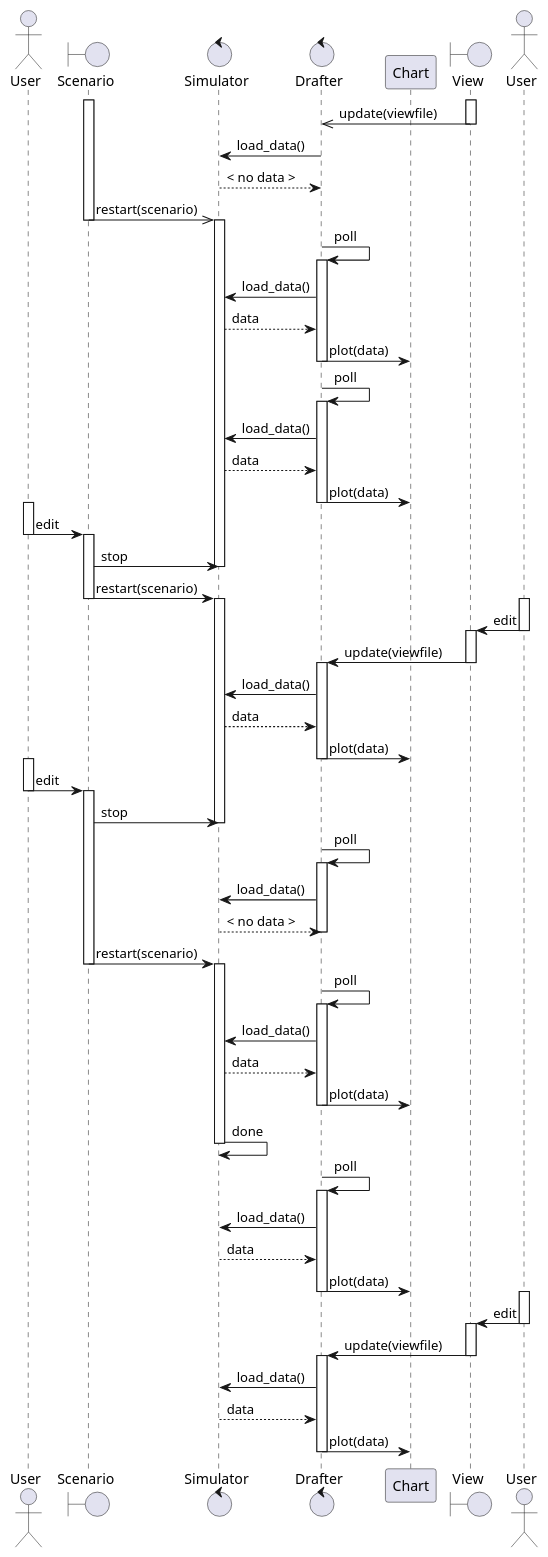
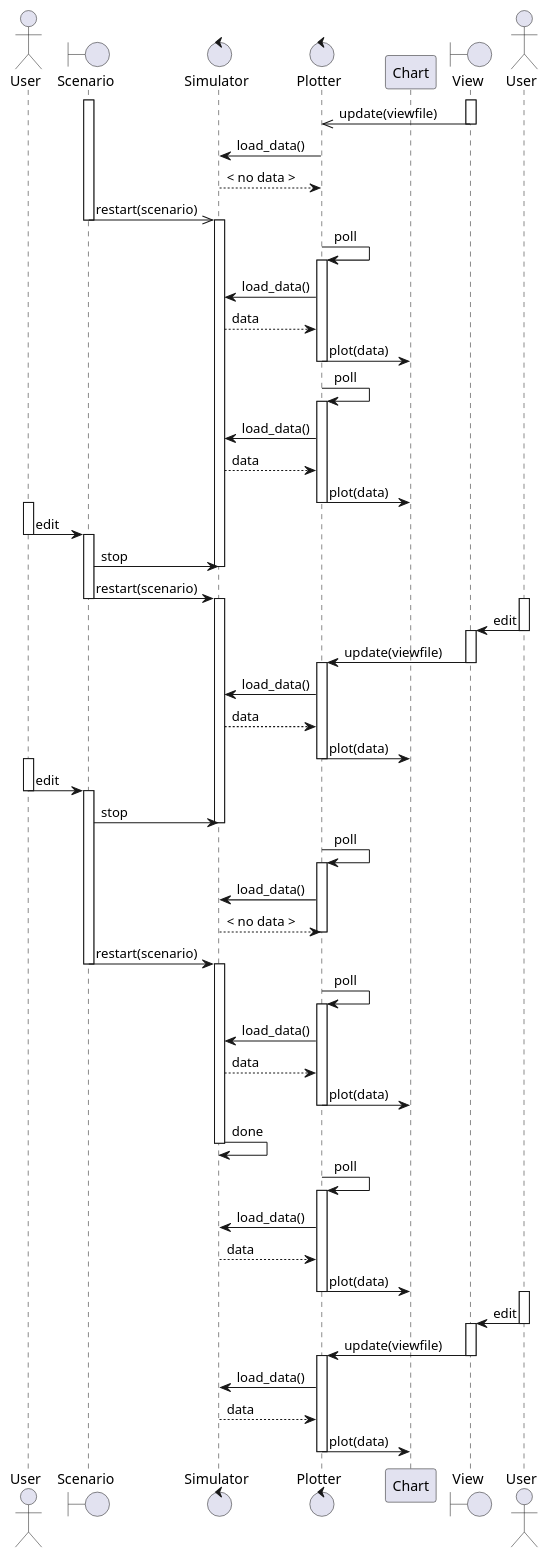
The diagram in docs/uml/sequence.puml (kghose/groho), drawn with PlantUML before and after one commit.

Commit message:
Docs: improve main sequence diagram
Add in more detail of the different
user interactions and reorder components
to reduce visual clutter.

```diff
--- a/docs/uml/sequence.puml
+++ b/docs/uml/sequence.puml
@@ -1,124 +1,124 @@
 @startuml Sequence
 
 actor User
 boundary Scenario
 control "Simulator" as sim
-control Drafter
+control Plotter
 participant Chart
 boundary "View" as plotf
 actor "User" as u2
 
 ' Inital run
 
 activate Scenario
 activate plotf
-plotf ->> Drafter: update(viewfile)
+plotf ->> Plotter: update(viewfile)
 deactivate plotf
-Drafter -> sim: load_data()
-Drafter <-- sim: < no data >
+Plotter -> sim: load_data()
+Plotter <-- sim: < no data >
 
 
 Scenario ->> sim: restart(scenario)
 deactivate Scenario
 activate sim
 
 
-Drafter -> Drafter: poll
-activate Drafter
-Drafter -> sim: load_data()
-Drafter <-- sim: data
-Drafter -> Chart: plot(data)
-deactivate Drafter
+Plotter -> Plotter: poll
+activate Plotter
+Plotter -> sim: load_data()
+Plotter <-- sim: data
+Plotter -> Chart: plot(data)
+deactivate Plotter
 
 
-Drafter -> Drafter: poll
-activate Drafter
-Drafter -> sim: load_data()
-Drafter <-- sim: data
-Drafter -> Chart: plot(data)
-deactivate Drafter
+Plotter -> Plotter: poll
+activate Plotter
+Plotter -> sim: load_data()
+Plotter <-- sim: data
+Plotter -> Chart: plot(data)
+deactivate Plotter
 
 
 ' Restart after scenario edit
 
 activate User
 User -> Scenario: edit
 deactivate User
 activate Scenario
 
 Scenario -> sim: stop
 deactivate sim
 Scenario -> sim: restart(scenario)
 deactivate Scenario
 activate sim
 
 ' User edits plot file
 
 activate u2
 u2 -> plotf: edit
 deactivate u2
 
 activate plotf
-Drafter <- plotf: update(viewfile)
+Plotter <- plotf: update(viewfile)
 deactivate plotf
-activate Drafter
-Drafter -> sim: load_data()
-Drafter <-- sim: data
-Drafter -> Chart: plot(data)
-deactivate Drafter
+activate Plotter
+Plotter -> sim: load_data()
+Plotter <-- sim: data
+Plotter -> Chart: plot(data)
+deactivate Plotter
 
 
 ' User edits scenario, plotter tries to plot at the same time
 activate User
 User -> Scenario: edit
 deactivate User
 activate Scenario
 Scenario -> sim: stop
 deactivate sim
 
-' Drafter poll returns no data
-Drafter -> Drafter: poll
-activate Drafter
-Drafter -> sim: load_data()
-Drafter <-- sim: < no data >
-deactivate Drafter
+' Plotter poll returns no data
+Plotter -> Plotter: poll
+activate Plotter
+Plotter -> sim: load_data()
+Plotter <-- sim: < no data >
+deactivate Plotter
 
 
 Scenario -> sim: restart(scenario)
 deactivate Scenario
 activate sim
 
-Drafter -> Drafter: poll
-activate Drafter
-Drafter -> sim: load_data()
-Drafter <-- sim: data
-Drafter -> Chart: plot(data)
-deactivate Drafter
+Plotter -> Plotter: poll
+activate Plotter
+Plotter -> sim: load_data()
+Plotter <-- sim: data
+Plotter -> Chart: plot(data)
+deactivate Plotter
 
 
 sim -> sim: done
 deactivate sim
 
-Drafter -> Drafter: poll
-activate Drafter
-Drafter -> sim: load_data()
-Drafter <-- sim: data
-Drafter -> Chart: plot(data)
-deactivate Drafter
+Plotter -> Plotter: poll
+activate Plotter
+Plotter -> sim: load_data()
+Plotter <-- sim: data
+Plotter -> Chart: plot(data)
+deactivate Plotter
 
 
 ' User edits plot file again
 activate u2
 u2 -> plotf: edit
 deactivate u2
 activate plotf
-Drafter <- plotf: update(viewfile)
+Plotter <- plotf: update(viewfile)
 deactivate plotf
 
-activate Drafter
-Drafter -> sim: load_data()
-Drafter <-- sim: data
-Drafter -> Chart: plot(data)
-deactivate Drafter
+activate Plotter
+Plotter -> sim: load_data()
+Plotter <-- sim: data
+Plotter -> Chart: plot(data)
+deactivate Plotter
 
 @enduml
```
